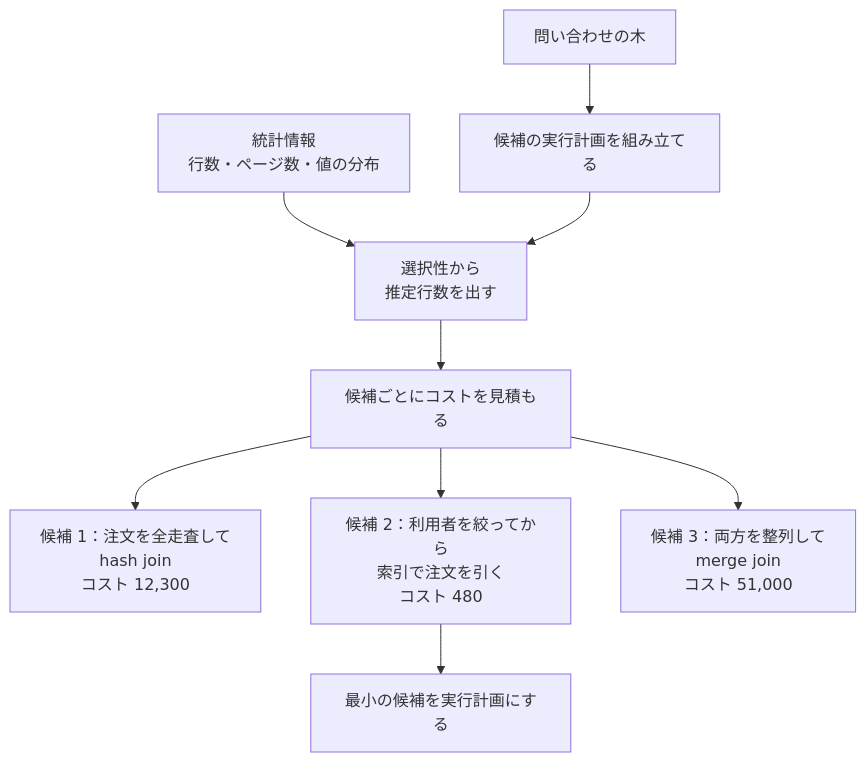
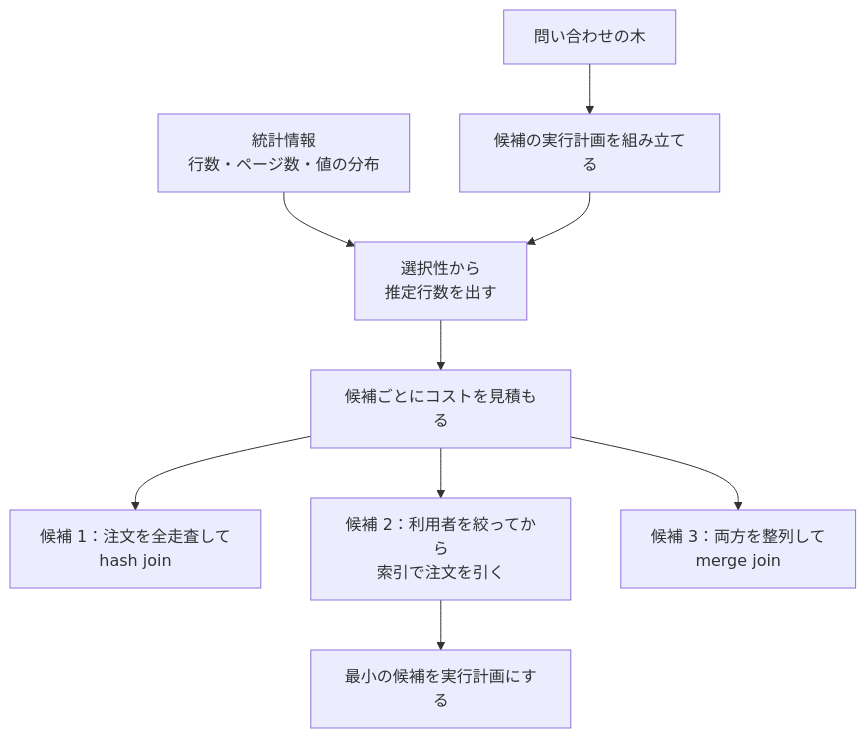
One commit to nao1215/debimate changed the sixth of 8 diagrams in content/notes/database-systems/query-processing/index.md. Above: the diagram before and after it, drawn with Mermaid. The commit also changed other lines of this file and 50 other files, not shown here.

````diff
--- a/content/notes/database-systems/query-processing/index.md
+++ b/content/notes/database-systems/query-processing/index.md
@@ -194,11 +194,11 @@
 ```mermaid
 flowchart TB
     T["問い合わせの木"] --> G["候補の実行計画を組み立てる"]
     ST["統計情報<br/>行数・ページ数・値の分布"] --> EST["選択性から<br/>推定行数を出す"]
     G --> EST
     EST --> C["候補ごとにコストを見積もる"]
-    C --> P1["候補 1：注文を全走査して<br/>hash join<br/>コスト 12,300"]
-    C --> P2["候補 2：利用者を絞ってから<br/>索引で注文を引く<br/>コスト 480"]
-    C --> P3["候補 3：両方を整列して<br/>merge join<br/>コスト 51,000"]
+    C --> P1["候補 1：注文を全走査して<br/>hash join"]
+    C --> P2["候補 2：利用者を絞ってから<br/>索引で注文を引く"]
+    C --> P3["候補 3：両方を整列して<br/>merge join"]
     P2 --> S["最小の候補を実行計画にする"]
 ```
````
